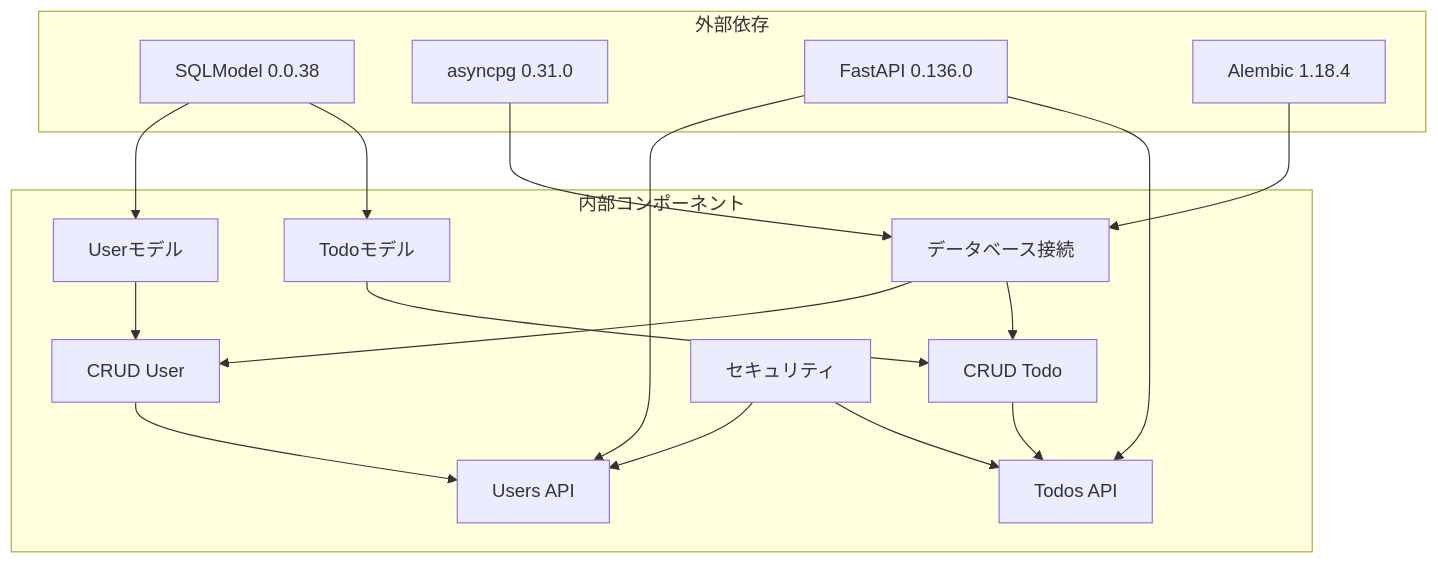
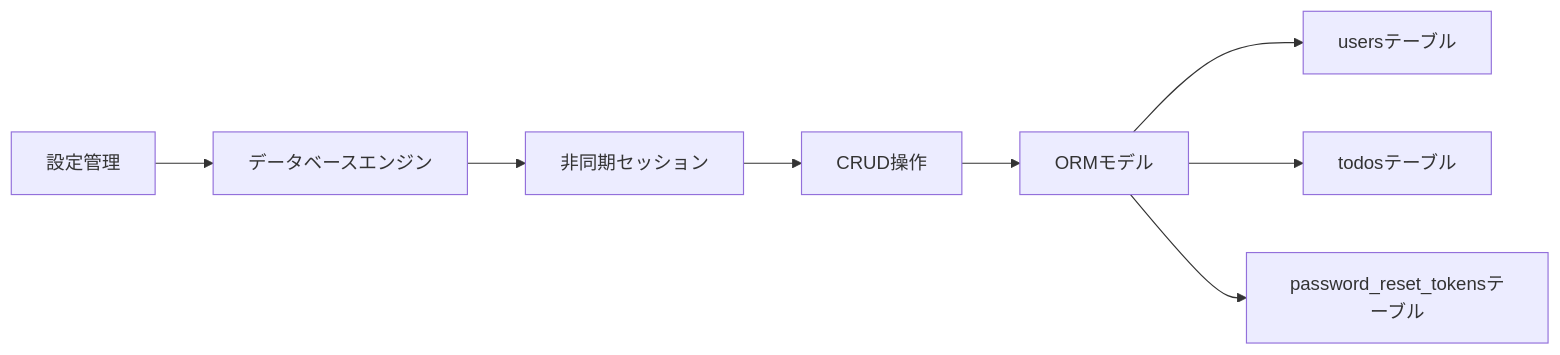
Before and after one commit to ss8806/Todos: the fourth of 4 diagrams in .qoder/repowiki/ja/content/データベース設計/データベース設計.md, drawn with Mermaid. The commit also changed other lines of this file and 106 other files, not shown here.

````diff
--- a/.qoder/repowiki/ja/content/データベース設計/データベース設計.md
+++ b/.qoder/repowiki/ja/content/データベース設計/データベース設計.md
@@ -401,33 +276,10 @@
 ```mermaid
-graph TB
-subgraph "外部依存"
-SQLModel[SQLModel 0.0.38]
-AsyncPG[asyncpg 0.31.0]
-FastAPI[FastAPI 0.136.0]
-Alembic[Alembic 1.18.4]
-end
-subgraph "内部コンポーネント"
-User[Userモデル]
-Todo[Todoモデル]
-CRUDUser[CRUD User]
-CRUDTodo[CRUD Todo]
-APIUsers[Users API]
-APITodos[Todos API]
-DB[データベース接続]
-Security[セキュリティ]
-end
-SQLModel --> User
-SQLModel --> Todo
-AsyncPG --> DB
-FastAPI --> APIUsers
-FastAPI --> APITodos
-Alembic --> DB
-User --> CRUDUser
-Todo --> CRUDTodo
-CRUDUser --> APIUsers
-CRUDTodo --> APITodos
-DB --> CRUDUser
-DB --> CRUDTodo
-Security --> APIUsers
-Security --> APITodos
+graph LR
+Config[設定管理] --> DBEngine[データベースエンジン]
+DBEngine --> AsyncSession[非同期セッション]
+AsyncSession --> CRUD[CRUD操作]
+CRUD --> Models[ORMモデル]
+Models --> Users[usersテーブル]
+Models --> Todos[todosテーブル]
+Models --> PasswordTokens[password_reset_tokensテーブル]
 ```
````
